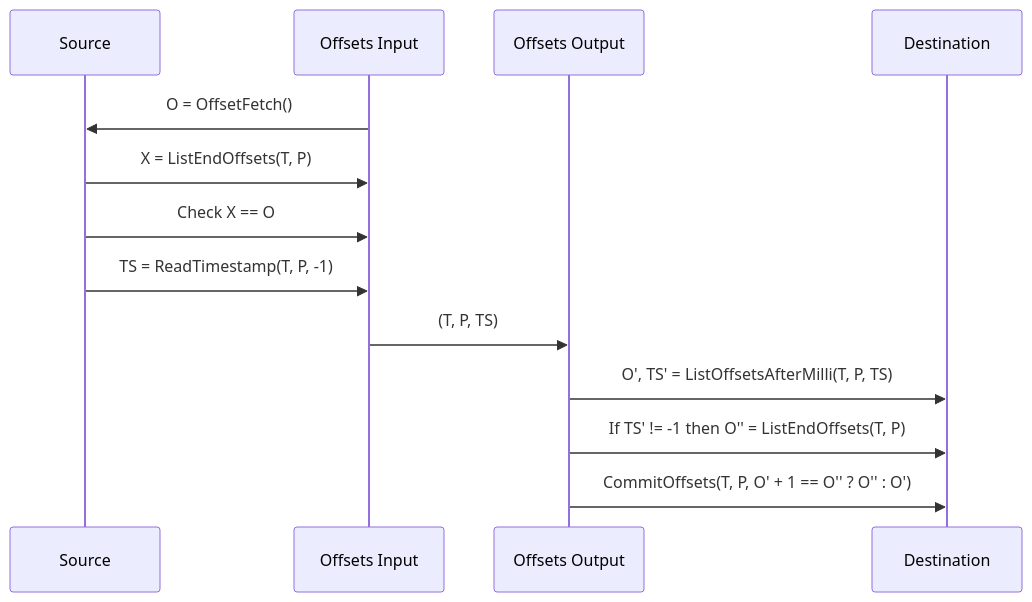
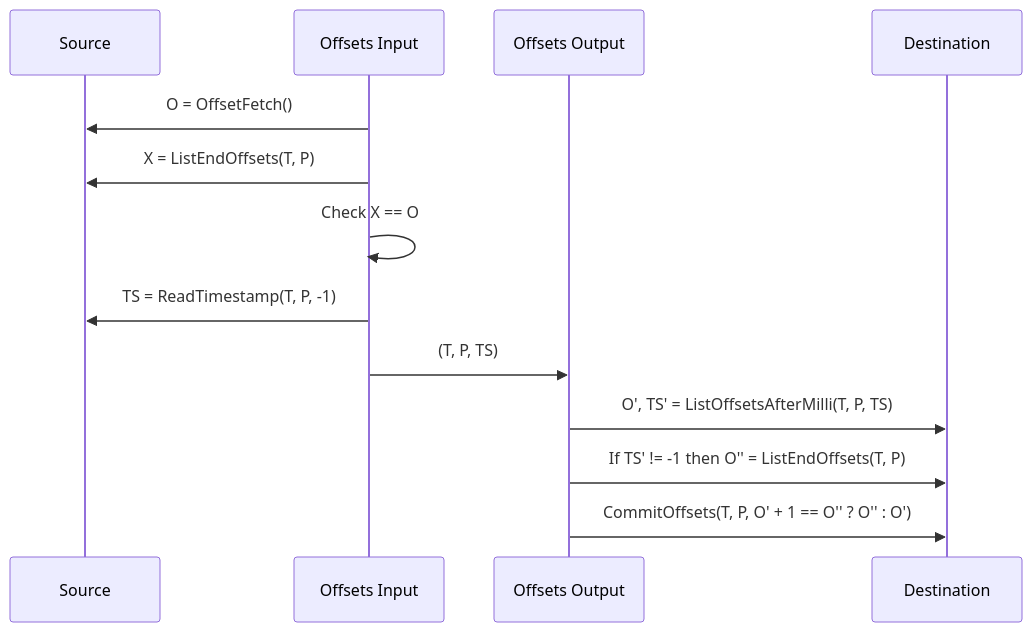
Before and after one commit to cyborginc/connect: the second of 4 diagrams in internal/impl/kafka/redpanda_migrator.md, drawn with Mermaid. The commit also changed other lines of this file and 6 other files, not shown here.

First line of the commit message:
Fix `redpanda_migrator_offsets` input (#3506)

````diff
--- a/internal/impl/kafka/redpanda_migrator.md
+++ b/internal/impl/kafka/redpanda_migrator.md
@@ -44,17 +44,17 @@
 ```mermaid
 sequenceDiagram
 
 participant Source
 participant Offsets Input
 participant Offsets Output
 participant Destination
 
 Offsets Input->>Source: O = OffsetFetch()
-Source->>Offsets Input: X = ListEndOffsets(T, P)
-Source->>Offsets Input: Check X == O
-Source->>Offsets Input: TS = ReadTimestamp(T, P, -1)
+Offsets Input->>Source: X = ListEndOffsets(T, P)
+Offsets Input->>Offsets Input: Check X == O
+Offsets Input->>Source: TS = ReadTimestamp(T, P, -1)
 Offsets Input->>Offsets Output: (T, P, TS)
 Offsets Output->>Destination: O', TS' = ListOffsetsAfterMilli(T, P, TS)
 Offsets Output->>Destination: If TS' != -1 then O'' = ListEndOffsets(T, P)
 Offsets Output->>Destination: CommitOffsets(T, P, O' + 1 ==  O'' ? O'' : O')
 ```
````
